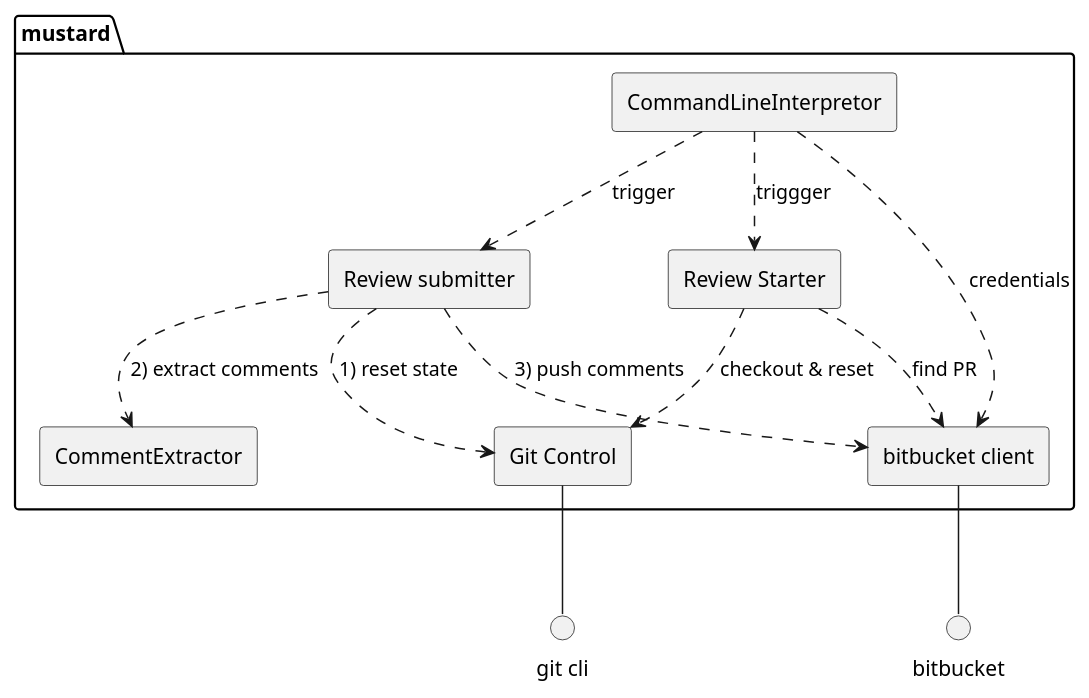
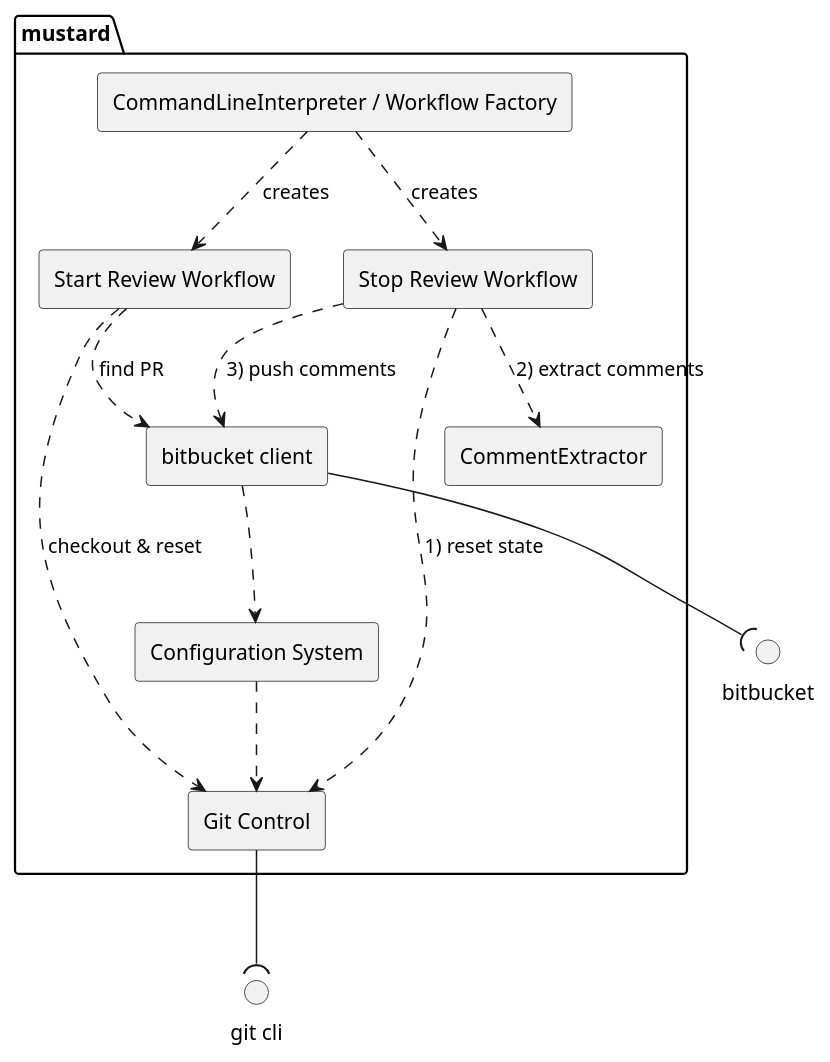
The diagram in doc/componentView.puml (TNG/mustard-cli), drawn with PlantUML before and after one commit. The commit also changed 6 other files, not shown here.

```diff
--- a/doc/componentView.puml
+++ b/doc/componentView.puml
@@ -1,29 +1,33 @@
 @startuml
 package mustard {
 rectangle git [
  Git Control
 ]
 rectangle cli [
- CommandLineInterpretor
+ CommandLineInterpreter / Workflow Factory
 ]
-rectangle "Review Starter" as rstart
-rectangle  "Review submitter" as rsub
+rectangle "Start Review Workflow" as rstart
+rectangle  "Stop Review Workflow" as rsub
 rectangle "CommentExtractor" as ce
+rectangle "Configuration System" as cs
 
 rectangle bb [
   bitbucket client
 ]
 
 }
-cli ..> rstart : triggger
-cli ..> rsub : trigger
-cli ..> bb: credentials
+
+circle "git cli" as gitcli
+cli ..> rstart : creates
+cli ..> rsub : creates
 rstart ..> bb : find PR
 rstart  ..> git : checkout & reset
 rsub ..> git : 1) reset state
 rsub ..> ce : 2) extract comments
 rsub ..> bb : 3) push comments
 
-git --() "git cli"
-bb --() bitbucket
+git --( gitcli
+bb --( bitbucket
+cs ..> git
+bb ..> cs
 @enduml
```
